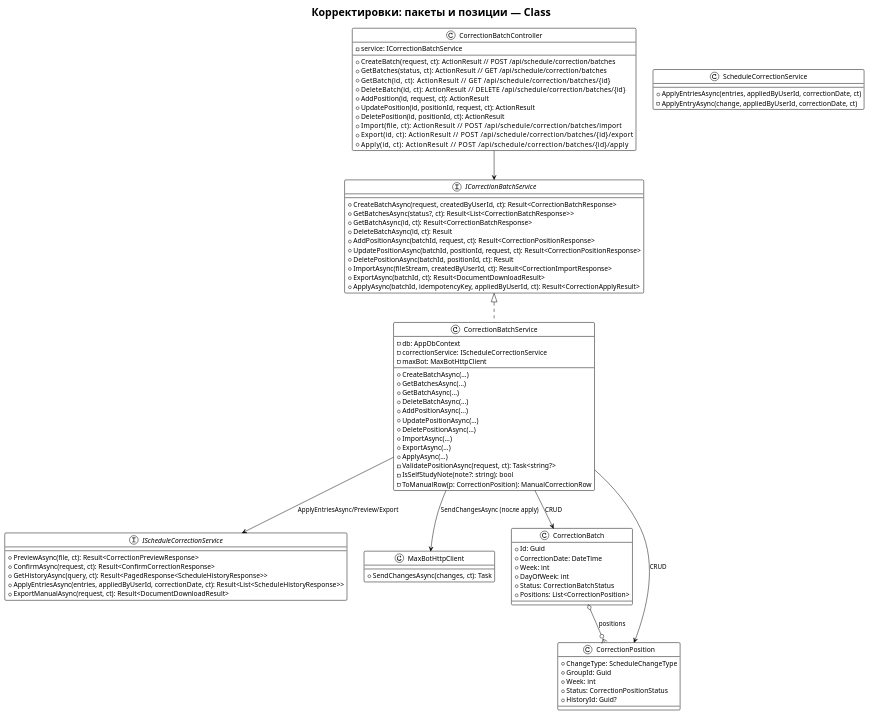
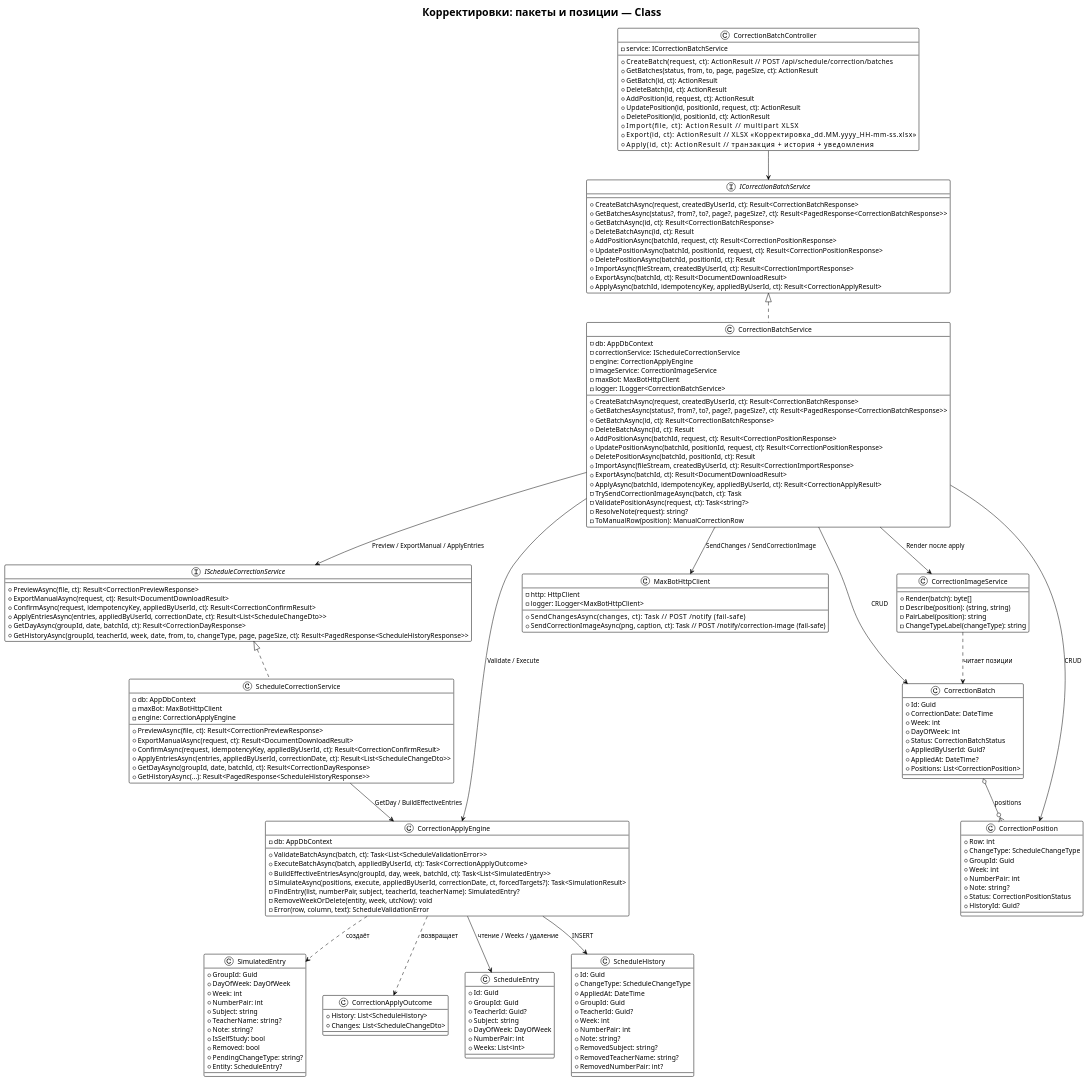
Before and after one commit to artemovsergey/CollegeLMS: the diagram in docs/diagrams/class/correction-batch-service.puml, drawn with PlantUML. The commit also changed 6 other files, not shown here.

Commit message:
docs: Postman и PlantUML корректировок; AGENTS — локальный Docker не запускаем

```diff
--- a/docs/diagrams/class/correction-batch-service.puml
+++ b/docs/diagrams/class/correction-batch-service.puml
@@ -1,92 +1,182 @@
 @startuml
 !theme plain
 title Корректировки: пакеты и позиции — Class
 
 interface ICorrectionBatchService {
   + CreateBatchAsync(request, createdByUserId, ct): Result<CorrectionBatchResponse>
-  + GetBatchesAsync(status?, ct): Result<List<CorrectionBatchResponse>>
+  + GetBatchesAsync(status?, from?, to?, page?, pageSize?, ct): Result<PagedResponse<CorrectionBatchResponse>>
   + GetBatchAsync(id, ct): Result<CorrectionBatchResponse>
   + DeleteBatchAsync(id, ct): Result
   + AddPositionAsync(batchId, request, ct): Result<CorrectionPositionResponse>
   + UpdatePositionAsync(batchId, positionId, request, ct): Result<CorrectionPositionResponse>
   + DeletePositionAsync(batchId, positionId, ct): Result
   + ImportAsync(fileStream, createdByUserId, ct): Result<CorrectionImportResponse>
   + ExportAsync(batchId, ct): Result<DocumentDownloadResult>
   + ApplyAsync(batchId, idempotencyKey, appliedByUserId, ct): Result<CorrectionApplyResult>
 }
 
 class CorrectionBatchService {
   - db: AppDbContext
   - correctionService: IScheduleCorrectionService
+  - engine: CorrectionApplyEngine
+  - imageService: CorrectionImageService
   - maxBot: MaxBotHttpClient
-  + CreateBatchAsync(...)
-  + GetBatchesAsync(...)
-  + GetBatchAsync(...)
-  + DeleteBatchAsync(...)
-  + AddPositionAsync(...)
-  + UpdatePositionAsync(...)
-  + DeletePositionAsync(...)
-  + ImportAsync(...)
-  + ExportAsync(...)
-  + ApplyAsync(...)
+  - logger: ILogger<CorrectionBatchService>
+  + CreateBatchAsync(request, createdByUserId, ct): Result<CorrectionBatchResponse>
+  + GetBatchesAsync(status?, from?, to?, page?, pageSize?, ct): Result<PagedResponse<CorrectionBatchResponse>>
+  + GetBatchAsync(id, ct): Result<CorrectionBatchResponse>
+  + DeleteBatchAsync(id, ct): Result
+  + AddPositionAsync(batchId, request, ct): Result<CorrectionPositionResponse>
+  + UpdatePositionAsync(batchId, positionId, request, ct): Result<CorrectionPositionResponse>
+  + DeletePositionAsync(batchId, positionId, ct): Result
+  + ImportAsync(fileStream, createdByUserId, ct): Result<CorrectionImportResponse>
+  + ExportAsync(batchId, ct): Result<DocumentDownloadResult>
+  + ApplyAsync(batchId, idempotencyKey, appliedByUserId, ct): Result<CorrectionApplyResult>
+  - TrySendCorrectionImageAsync(batch, ct): Task
   - ValidatePositionAsync(request, ct): Task<string?>
-  - IsSelfStudyNote(note?: string): bool
-  - ToManualRow(p: CorrectionPosition): ManualCorrectionRow
+  - ResolveNote(request): string?
+  - ToManualRow(position): ManualCorrectionRow
 }
 
 class CorrectionBatchController {
   - service: ICorrectionBatchService
-  + CreateBatch(request, ct): ActionResult   // POST /api/schedule/correction/batches
-  + GetBatches(status, ct): ActionResult     // GET /api/schedule/correction/batches
-  + GetBatch(id, ct): ActionResult           // GET /api/schedule/correction/batches/{id}
-  + DeleteBatch(id, ct): ActionResult        // DELETE /api/schedule/correction/batches/{id}
+  + CreateBatch(request, ct): ActionResult          // POST /api/schedule/correction/batches
+  + GetBatches(status, from, to, page, pageSize, ct): ActionResult
+  + GetBatch(id, ct): ActionResult
+  + DeleteBatch(id, ct): ActionResult
   + AddPosition(id, request, ct): ActionResult
   + UpdatePosition(id, positionId, request, ct): ActionResult
   + DeletePosition(id, positionId, ct): ActionResult
-  + Import(file, ct): ActionResult           // POST /api/schedule/correction/batches/import
-  + Export(id, ct): ActionResult             // POST /api/schedule/correction/batches/{id}/export
-  + Apply(id, ct): ActionResult              // POST /api/schedule/correction/batches/{id}/apply
+  + Import(file, ct): ActionResult                  // multipart XLSX
+  + Export(id, ct): ActionResult                    // XLSX «Корректировка_dd.MM.yyyy_HH-mm-ss.xlsx»
+  + Apply(id, ct): ActionResult                     // транзакция + история + уведомления
+}
+
+class CorrectionApplyEngine {
+  - db: AppDbContext
+  + ValidateBatchAsync(batch, ct): Task<List<ScheduleValidationError>>
+  + ExecuteBatchAsync(batch, appliedByUserId, ct): Task<CorrectionApplyOutcome>
+  + BuildEffectiveEntriesAsync(groupId, day, week, batchId, ct): Task<List<SimulatedEntry>>
+  - SimulateAsync(positions, execute, appliedByUserId, correctionDate, ct, forcedTargets?): Task<SimulationResult>
+  - FindEntry(list, numberPair, subject, teacherId, teacherName): SimulatedEntry?
+  - RemoveWeekOrDelete(entity, week, utcNow): void
+  - Error(row, column, text): ScheduleValidationError
+}
+
+class SimulatedEntry {
+  + GroupId: Guid
+  + DayOfWeek: DayOfWeek
+  + Week: int
+  + NumberPair: int
+  + Subject: string
+  + TeacherName: string?
+  + Note: string?
+  + IsSelfStudy: bool
+  + Removed: bool
+  + PendingChangeType: string?
+  + Entity: ScheduleEntry?
+}
+
+class CorrectionApplyOutcome {
+  + History: List<ScheduleHistory>
+  + Changes: List<ScheduleChangeDto>
+}
+
+class CorrectionImageService {
+  + Render(batch): byte[]
+  - Describe(position): (string, string)
+  - PairLabel(position): string
+  - ChangeTypeLabel(changeType): string
+}
+
+class MaxBotHttpClient {
+  - http: HttpClient
+  - logger: ILogger<MaxBotHttpClient>
+  + SendChangesAsync(changes, ct): Task           // POST /notify (fail-safe)
+  + SendCorrectionImageAsync(png, caption, ct): Task  // POST /notify/correction-image (fail-safe)
 }
 
 interface IScheduleCorrectionService {
   + PreviewAsync(file, ct): Result<CorrectionPreviewResponse>
-  + ConfirmAsync(request, ct): Result<ConfirmCorrectionResponse>
-  + GetHistoryAsync(query, ct): Result<PagedResponse<ScheduleHistoryResponse>>
-  + ApplyEntriesAsync(entries, appliedByUserId, correctionDate, ct): Result<List<ScheduleHistoryResponse>>
   + ExportManualAsync(request, ct): Result<DocumentDownloadResult>
+  + ConfirmAsync(request, idempotencyKey, appliedByUserId, ct): Result<CorrectionConfirmResult>
+  + ApplyEntriesAsync(entries, appliedByUserId, correctionDate, ct): Result<List<ScheduleChangeDto>>
+  + GetDayAsync(groupId, date, batchId, ct): Result<CorrectionDayResponse>
+  + GetHistoryAsync(groupId, teacherId, week, date, from, to, changeType, page, pageSize, ct): Result<PagedResponse<ScheduleHistoryResponse>>
 }
 
 class ScheduleCorrectionService {
-  + ApplyEntriesAsync(entries, appliedByUserId, correctionDate, ct)
-  - ApplyEntryAsync(change, appliedByUserId, correctionDate, ct)
-}
-
-class MaxBotHttpClient {
-  + SendChangesAsync(changes, ct): Task
+  - db: AppDbContext
+  - maxBot: MaxBotHttpClient
+  - engine: CorrectionApplyEngine
+  + PreviewAsync(file, ct): Result<CorrectionPreviewResponse>
+  + ExportManualAsync(request, ct): Result<DocumentDownloadResult>
+  + ConfirmAsync(request, idempotencyKey, appliedByUserId, ct): Result<CorrectionConfirmResult>
+  + ApplyEntriesAsync(entries, appliedByUserId, correctionDate, ct): Result<List<ScheduleChangeDto>>
+  + GetDayAsync(groupId, date, batchId, ct): Result<CorrectionDayResponse>
+  + GetHistoryAsync(...): Result<PagedResponse<ScheduleHistoryResponse>>
 }
 
 class CorrectionBatch {
   + Id: Guid
   + CorrectionDate: DateTime
   + Week: int
   + DayOfWeek: int
   + Status: CorrectionBatchStatus
+  + AppliedByUserId: Guid?
+  + AppliedAt: DateTime?
   + Positions: List<CorrectionPosition>
 }
 
 class CorrectionPosition {
+  + Row: int
   + ChangeType: ScheduleChangeType
   + GroupId: Guid
   + Week: int
+  + NumberPair: int
+  + Note: string?
   + Status: CorrectionPositionStatus
   + HistoryId: Guid?
 }
 
+class ScheduleEntry {
+  + Id: Guid
+  + GroupId: Guid
+  + TeacherId: Guid?
+  + Subject: string
+  + DayOfWeek: DayOfWeek
+  + NumberPair: int
+  + Weeks: List<int>
+}
+
+class ScheduleHistory {
+  + Id: Guid
+  + ChangeType: ScheduleChangeType
+  + AppliedAt: DateTime
+  + GroupId: Guid
+  + TeacherId: Guid?
+  + Week: int
+  + NumberPair: int
+  + Note: string?
+  + RemovedSubject: string?
+  + RemovedTeacherName: string?
+  + RemovedNumberPair: int?
+}
+
 ICorrectionBatchService <|.. CorrectionBatchService
 CorrectionBatchController --> ICorrectionBatchService
-CorrectionBatchService --> IScheduleCorrectionService : ApplyEntriesAsync/Preview/Export
-CorrectionBatchService --> MaxBotHttpClient : SendChangesAsync (после apply)
+IScheduleCorrectionService <|.. ScheduleCorrectionService
+CorrectionBatchService --> IScheduleCorrectionService : Preview / ExportManual / ApplyEntries
+CorrectionBatchService --> CorrectionApplyEngine : Validate / Execute
+CorrectionBatchService --> CorrectionImageService : Render после apply
+CorrectionBatchService --> MaxBotHttpClient : SendChanges / SendCorrectionImage
+ScheduleCorrectionService --> CorrectionApplyEngine : GetDay / BuildEffectiveEntries
 CorrectionBatchService --> CorrectionBatch : CRUD
 CorrectionBatchService --> CorrectionPosition : CRUD
+CorrectionApplyEngine ..> SimulatedEntry : создаёт
+CorrectionApplyEngine ..> CorrectionApplyOutcome : возвращает
+CorrectionApplyEngine --> ScheduleEntry : чтение / Weeks / удаление
+CorrectionApplyEngine --> ScheduleHistory : INSERT
+CorrectionImageService ..> CorrectionBatch : читает позиции
 CorrectionBatch o--o{ CorrectionPosition : positions
 @enduml
```
